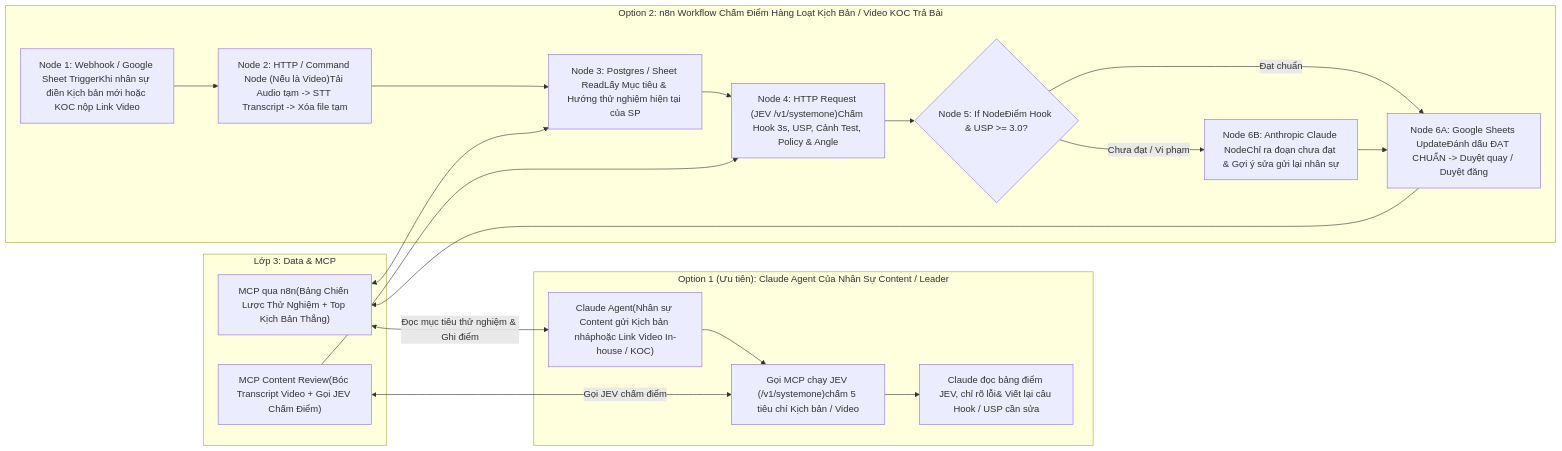
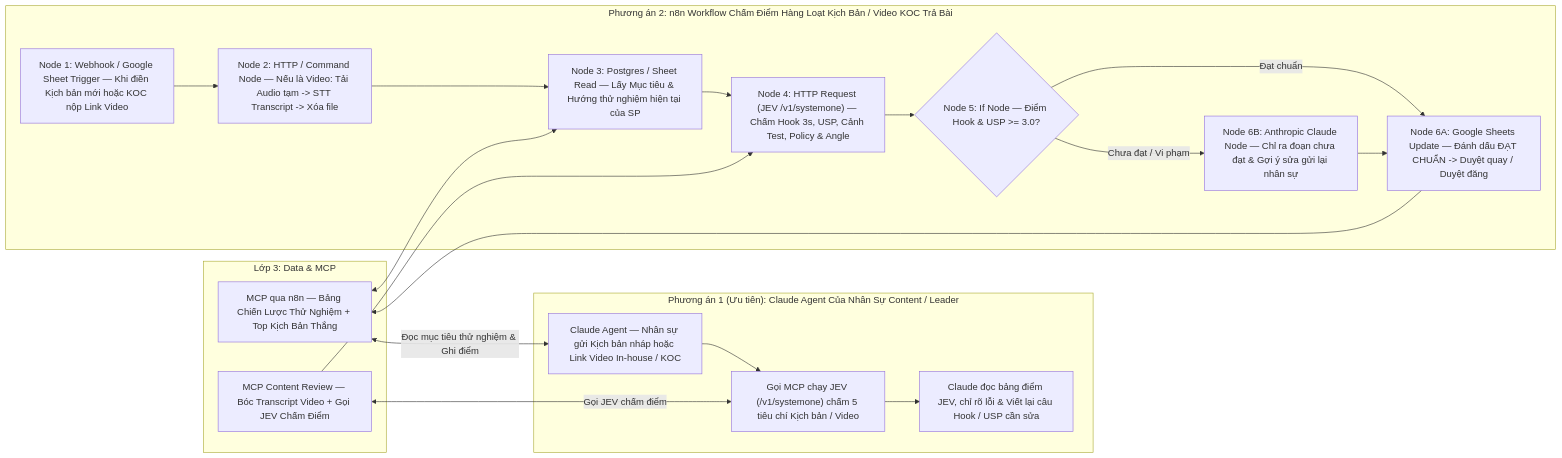
One commit to hattorimkk/api-docs changed diagram 15 of 17 in SYSTEM_ARCHITECTURE.md. Above: the diagram before and after it, drawn with Mermaid. The commit also changed other lines of this file, not shown here.

Commit message:
sửa format tí

````diff
--- a/SYSTEM_ARCHITECTURE.md
+++ b/SYSTEM_ARCHITECTURE.md
@@ -861,34 +1079,34 @@
 ```mermaid
 flowchart LR
-    subgraph L3_REV["Lớp 3: Data & MCP"]
-        R_DATA["MCP qua n8n(Bảng Chiến Lược Thử Nghiệm + Top Kịch Bản Thắng)"]
-        R_MCP["MCP Content Review(Bóc Transcript Video + Gọi JEV Chấm Điểm)"]
+    subgraph L3_4A["Lớp 3: Data & MCP"]
+        R_DATA4A["MCP qua n8n — Bảng Chiến Lược Thử Nghiệm + Top Kịch Bản Thắng"]
+        R_MCP4A["MCP Content Review — Bóc Transcript Video + Gọi JEV Chấm Điểm"]
     end
 
-    subgraph OPT1_REV["Option 1 (Ưu tiên): Claude Agent Của Nhân Sự Content / Leader"]
-        CLAUDE_R["Claude Agent(Nhân sự Content gửi Kịch bản nháphoặc Link Video In-house / KOC)"]
-        JEV_EVAL["Gọi MCP chạy JEV (/v1/systemone)chấm 5 tiêu chí Kịch bản / Video"]
-        FIX_R["Claude đọc bảng điểm JEV, chỉ rõ lỗi& Viết lại câu Hook / USP cần sửa"]
-        CLAUDE_R --> JEV_EVAL --> FIX_R
+    subgraph OPT1_4A["Phương án 1 (Ưu tiên): Claude Agent Của Nhân Sự Content / Leader"]
+        CLAUDE_4A["Claude Agent — Nhân sự gửi Kịch bản nháp hoặc Link Video In-house / KOC"]
+        JEV_EVAL4A["Gọi MCP chạy JEV (/v1/systemone) chấm 5 tiêu chí Kịch bản / Video"]
+        FIX_4A["Claude đọc bảng điểm JEV, chỉ rõ lỗi & Viết lại câu Hook / USP cần sửa"]
+        CLAUDE_4A --> JEV_EVAL4A --> FIX_4A
     end
 
-    subgraph OPT2_REV["Option 2: n8n Workflow Chấm Điểm Hàng Loạt Kịch Bản / Video KOC Trả Bài"]
-        NR1["Node 1: Webhook / Google Sheet TriggerKhi nhân sự điền Kịch bản mới hoặc KOC nộp Link Video"]
-        NR2["Node 2: HTTP / Command Node (Nếu là Video)Tải Audio tạm -> STT Transcript -> Xóa file tạm"]
-        NR3["Node 3: Postgres / Sheet ReadLấy Mục tiêu & Hướng thử nghiệm hiện tại của SP"]
-        NR4["Node 4: HTTP Request (JEV /v1/systemone)Chấm Hook 3s, USP, Cảnh Test, Policy & Angle"]
-        NR5{"Node 5: If NodeĐiểm Hook & USP >= 3.0?"}
-        NR6["Node 6A: Google Sheets UpdateĐánh dấu ĐẠT CHUẨN -> Duyệt quay / Duyệt đăng"]
-        NR7["Node 6B: Anthropic Claude NodeChỉ ra đoạn chưa đạt & Gợi ý sửa gửi lại nhân sự"]
-        NR1 --> NR2 --> NR3 --> NR4 --> NR5
-        NR5 -->|"Đạt chuẩn"| NR6
-        NR5 -->|"Chưa đạt / Vi phạm"| NR7 --> NR6
+    subgraph OPT2_4A["Phương án 2: n8n Workflow Chấm Điểm Hàng Loạt Kịch Bản / Video KOC Trả Bài"]
+        NR4A_1["Node 1: Webhook / Google Sheet Trigger — Khi điền Kịch bản mới hoặc KOC nộp Link Video"]
+        NR4A_2["Node 2: HTTP / Command Node — Nếu là Video: Tải Audio tạm -> STT Transcript -> Xóa file"]
+        NR4A_3["Node 3: Postgres / Sheet Read — Lấy Mục tiêu & Hướng thử nghiệm hiện tại của SP"]
+        NR4A_4["Node 4: HTTP Request (JEV /v1/systemone) — Chấm Hook 3s, USP, Cảnh Test, Policy & Angle"]
+        NR4A_5{"Node 5: If Node — Điểm Hook & USP >= 3.0?"}
+        NR4A_6["Node 6A: Google Sheets Update — Đánh dấu ĐẠT CHUẨN -> Duyệt quay / Duyệt đăng"]
+        NR4A_7["Node 6B: Anthropic Claude Node — Chỉ ra đoạn chưa đạt & Gợi ý sửa gửi lại nhân sự"]
+        NR4A_1 --> NR4A_2 --> NR4A_3 --> NR4A_4 --> NR4A_5
+        NR4A_5 -->|"Đạt chuẩn"| NR4A_6
+        NR4A_5 -->|"Chưa đạt / Vi phạm"| NR4A_7 --> NR4A_6
     end
 
-    R_DATA <-->|"Đọc mục tiêu thử nghiệm & Ghi điểm"| CLAUDE_R
-    R_MCP <-->|"Gọi JEV chấm điểm"| JEV_EVAL
+    R_DATA4A <-->|"Đọc mục tiêu thử nghiệm & Ghi điểm"| CLAUDE_4A
+    R_MCP4A <-->|"Gọi JEV chấm điểm"| JEV_EVAL4A
 
-    R_DATA <--> NR3
-    R_MCP --> NR4
-    NR6 --> R_DATA
+    R_DATA4A <--> NR4A_3
+    R_MCP4A --> NR4A_4
+    NR4A_6 --> R_DATA4A
 ```
````
